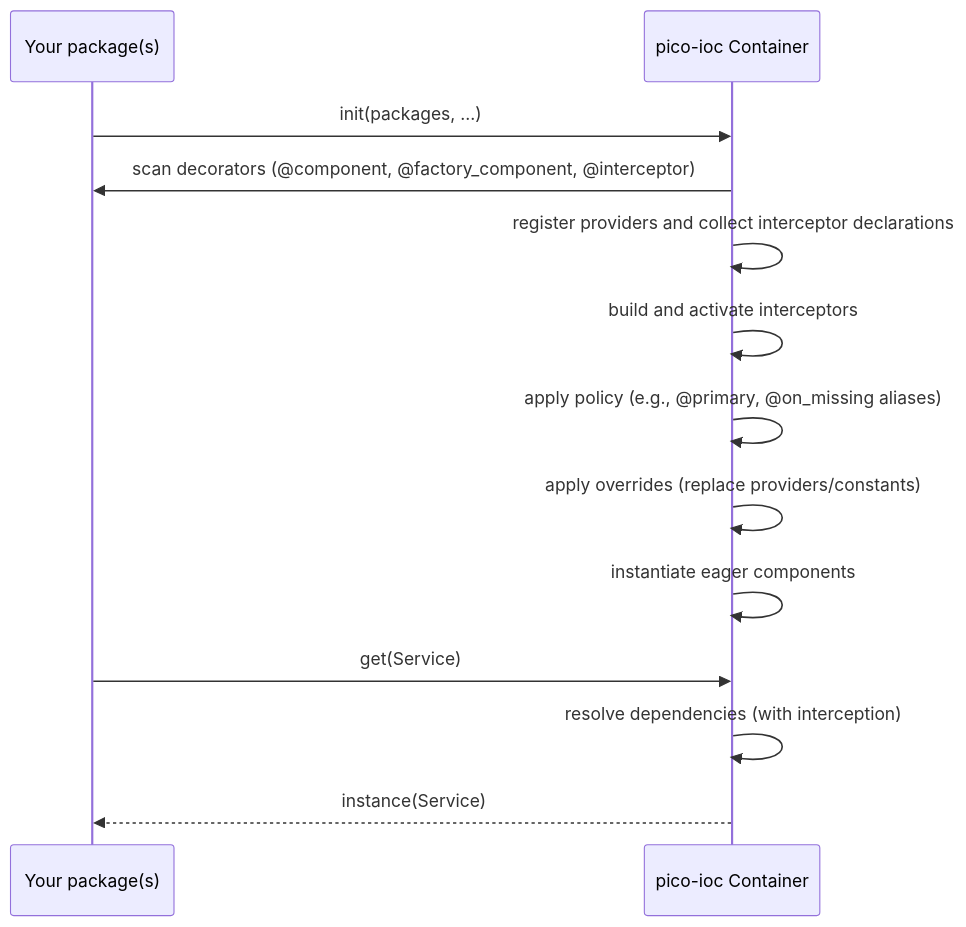
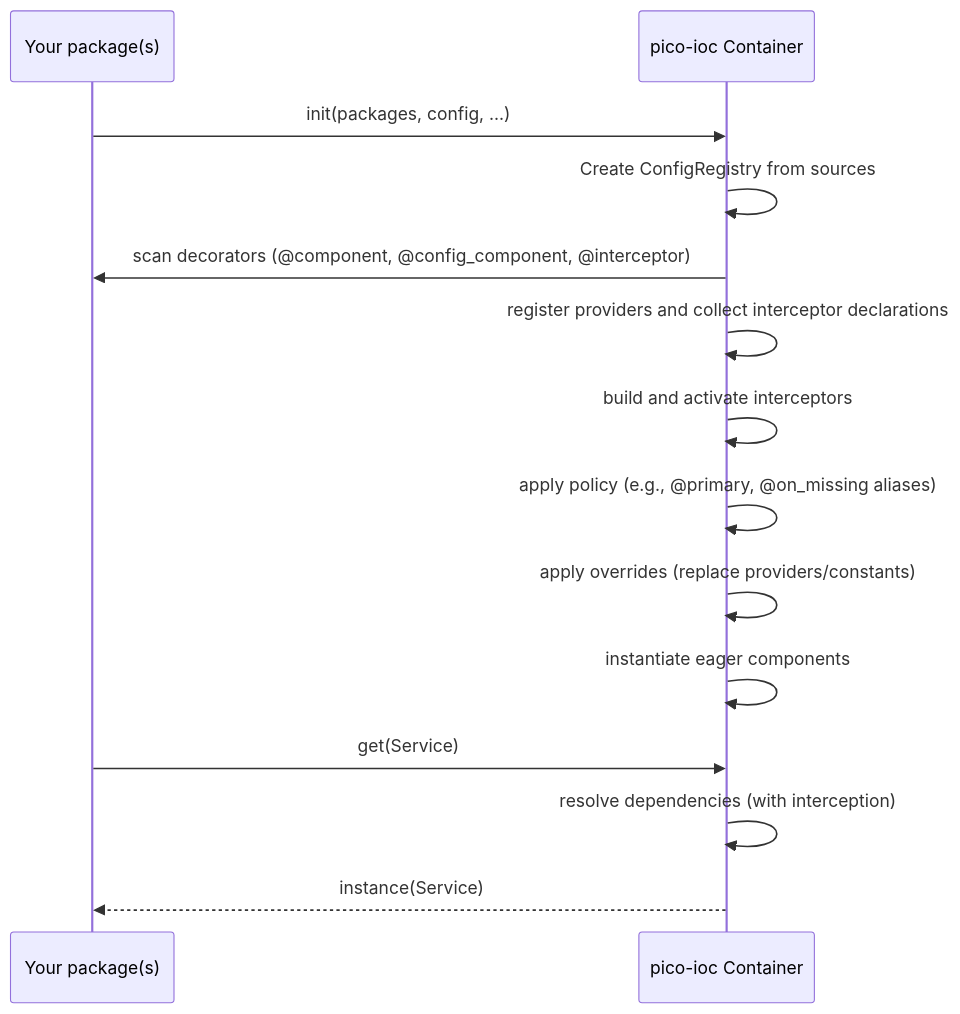
One commit to dperezcabrera/pico-ioc changed the first of 3 diagrams in .llm/ARCHITECTURE.md. Above: the diagram before and after it, drawn with Mermaid. The commit also changed other lines of this file and 6 other files, not shown here.

Commit message:
feat(config): add @config_component with env/file injection and strict mode

````diff
--- a/.llm/ARCHITECTURE.md
+++ b/.llm/ARCHITECTURE.md
@@ -37,15 +38,16 @@
 ```mermaid
 sequenceDiagram
     participant App as Your package(s)
     participant IOC as pico-ioc Container
-    App->>IOC: init(packages, ...)
-    IOC->>App: scan decorators (@component, @factory_component, @interceptor)
+    App->>IOC: init(packages, config, ...)
+    IOC->>IOC: Create ConfigRegistry from sources
+    IOC->>App: scan decorators (@component, @config_component, @interceptor)
     IOC->>IOC: register providers and collect interceptor declarations
     IOC->>IOC: build and activate interceptors
     IOC->>IOC: apply policy (e.g., @primary, @on_missing aliases)
     IOC->>IOC: apply overrides (replace providers/constants)
     IOC->>IOC: instantiate eager components
     App->>IOC: get(Service)
     IOC->>IOC: resolve dependencies (with interception)
     IOC-->>App: instance(Service)
 ```
````
